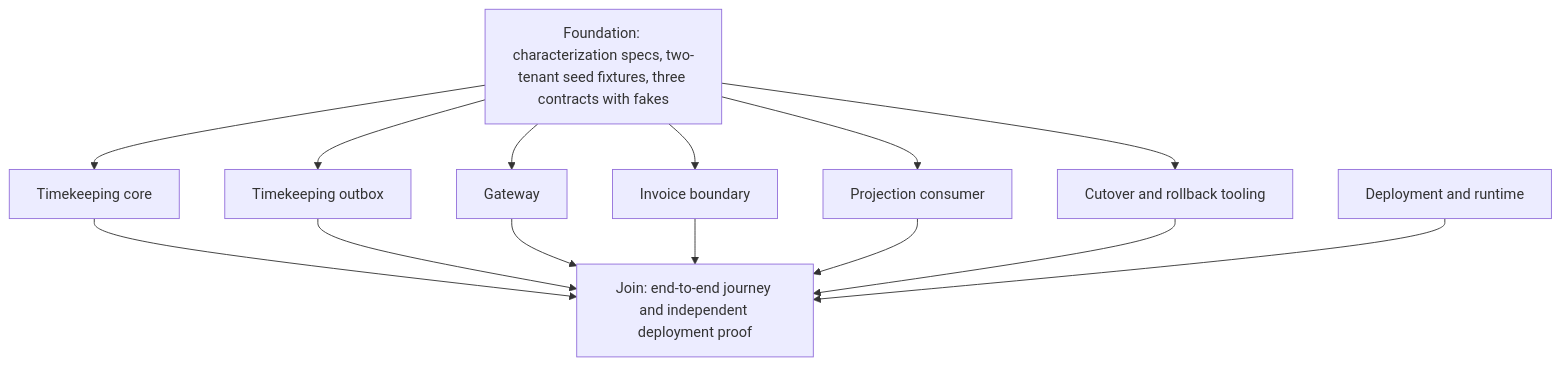
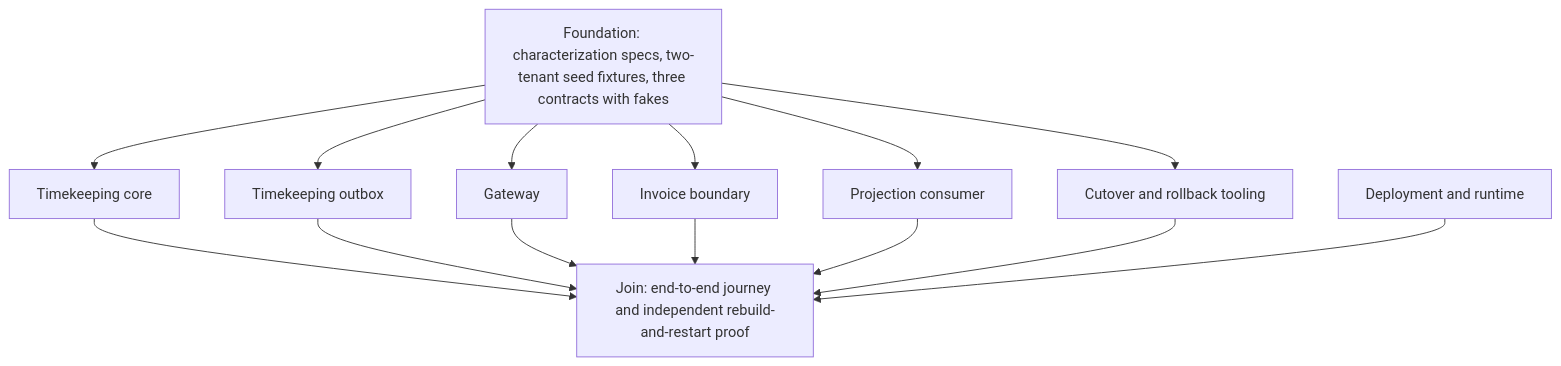
Before and after one commit to Homie-Improvement/miru: the fourth of 4 diagrams in docs/architecture/timekeeping-soa.md, drawn with Mermaid. The commit also changed other lines of this file, not shown here.

````diff
--- a/docs/architecture/timekeeping-soa.md
+++ b/docs/architecture/timekeeping-soa.md
@@ -1109,26 +1105,26 @@
 ```mermaid
 flowchart TD
   F[Foundation: characterization specs, two-tenant seed fixtures, three contracts with fakes]
   L1[Timekeeping core]
   L2[Timekeeping outbox]
   L3[Gateway]
   L4[Invoice boundary]
   L5[Projection consumer]
   L6[Cutover and rollback tooling]
   L7[Deployment and runtime]
-  J[Join: end-to-end journey and independent deployment proof]
+  J[Join: end-to-end journey and independent rebuild-and-restart proof]
 
   F --> L1
   F --> L2
   F --> L3
   F --> L4
   F --> L5
   F --> L6
   L1 --> J
   L2 --> J
   L3 --> J
   L4 --> J
   L5 --> J
   L6 --> J
   L7 --> J
 ```
````
